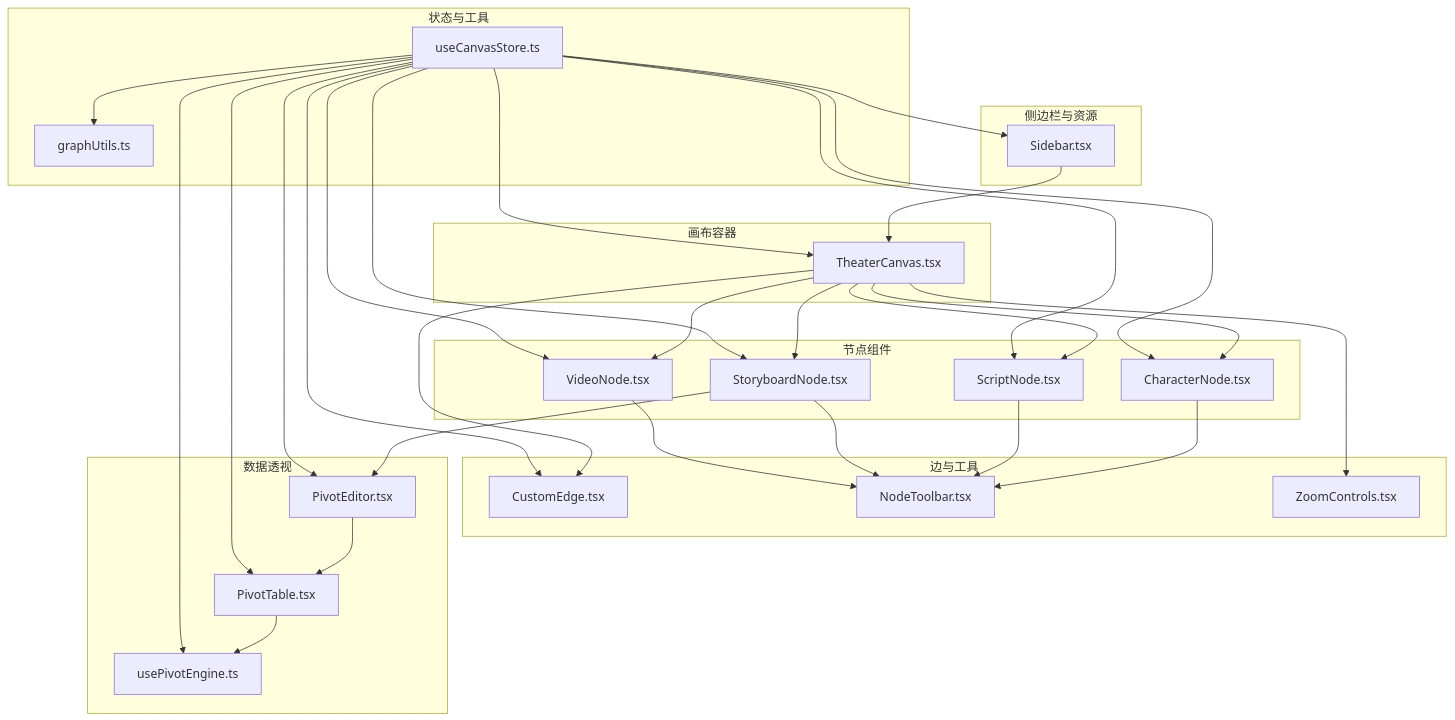
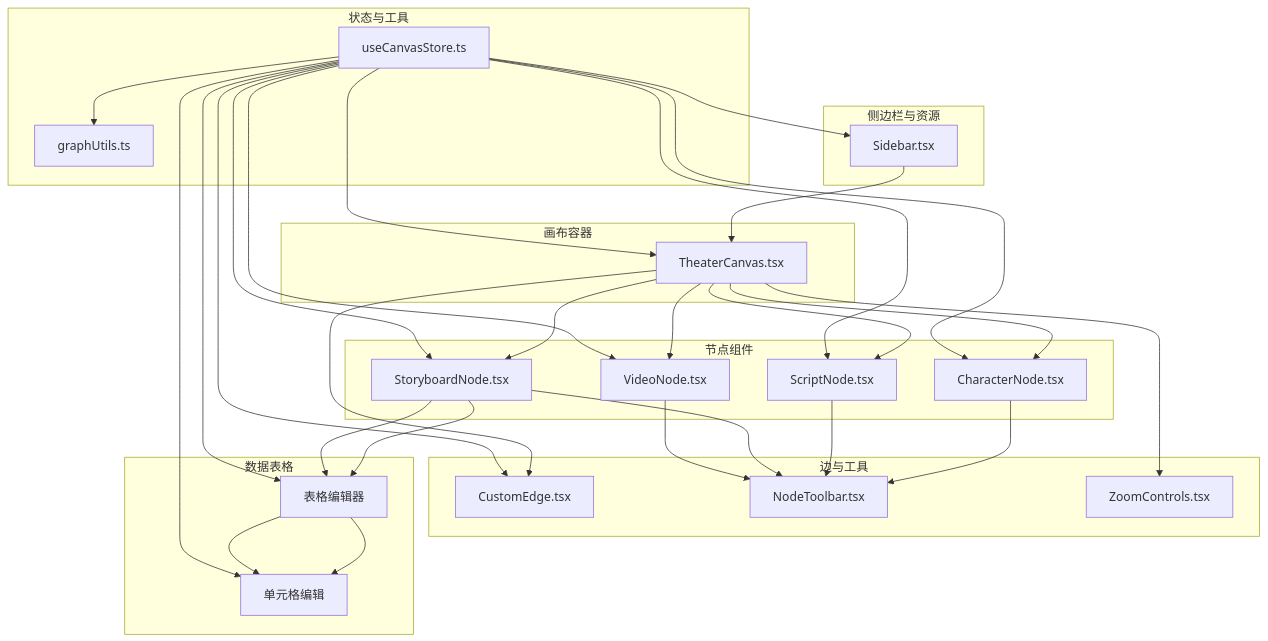
The first of 6 diagrams in .qoder/repowiki/zh/content/前端组件系统/画布编辑器/画布编辑器.md (KunLabAI/KunFlix), drawn with Mermaid before and after one commit. The commit also changed other lines of this file and 5 other files, not shown here.

````diff
--- a/.qoder/repowiki/zh/content/前端组件系统/画布编辑器/画布编辑器.md
+++ b/.qoder/repowiki/zh/content/前端组件系统/画布编辑器/画布编辑器.md
@@ -48,54 +57,51 @@
 ```mermaid
 graph TB
 subgraph "画布容器"
 TC["TheaterCanvas.tsx"]
 end
 subgraph "节点组件"
 CN["CharacterNode.tsx"]
 SN["ScriptNode.tsx"]
 SB["StoryboardNode.tsx"]
 VN["VideoNode.tsx"]
 end
 subgraph "边与工具"
 CE["CustomEdge.tsx"]
 NT["NodeToolbar.tsx"]
 ZC["ZoomControls.tsx"]
 end
 subgraph "侧边栏与资源"
 SBAR["Sidebar.tsx"]
 end
 subgraph "状态与工具"
 CS["useCanvasStore.ts"]
 GU["graphUtils.ts"]
 end
-subgraph "数据透视"
-PE["PivotEditor.tsx"]
-PT["PivotTable.tsx"]
-UPE["usePivotEngine.ts"]
+subgraph "数据表格"
+SB --> SBTABLE["表格编辑器"]
+SBTABLE --> CELL["单元格编辑"]
 end
 TC --> CN
 TC --> SN
 TC --> SB
 TC --> VN
 TC --> CE
 TC --> ZC
 SBAR --> TC
 CN --> NT
 SN --> NT
 SB --> NT
 VN --> NT
-SB --> PE
-PE --> PT
-PT --> UPE
+SB --> SBTABLE
+SBTABLE --> CELL
 CS --> TC
 CS --> CN
 CS --> SN
 CS --> SB
 CS --> VN
 CS --> CE
 CS --> SBAR
-CS --> PE
-CS --> PT
-CS --> UPE
+CS --> SBTABLE
+CS --> CELL
 CS --> GU
 ```
````
